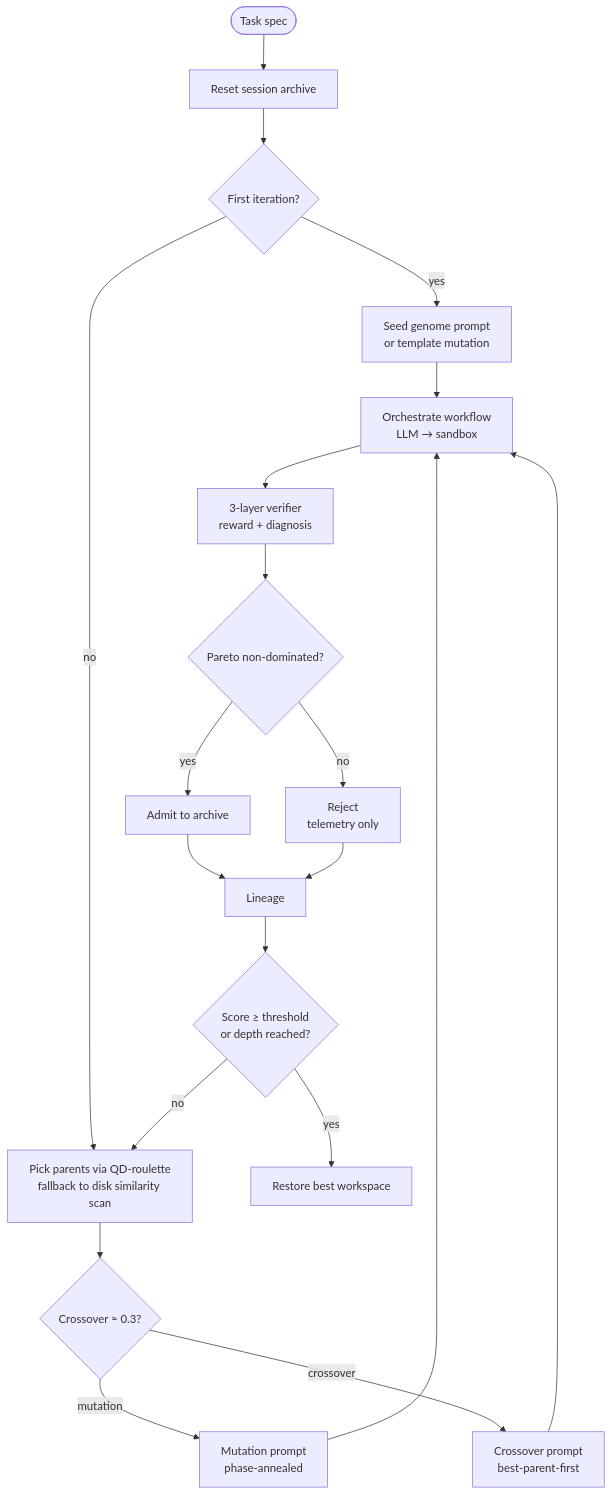
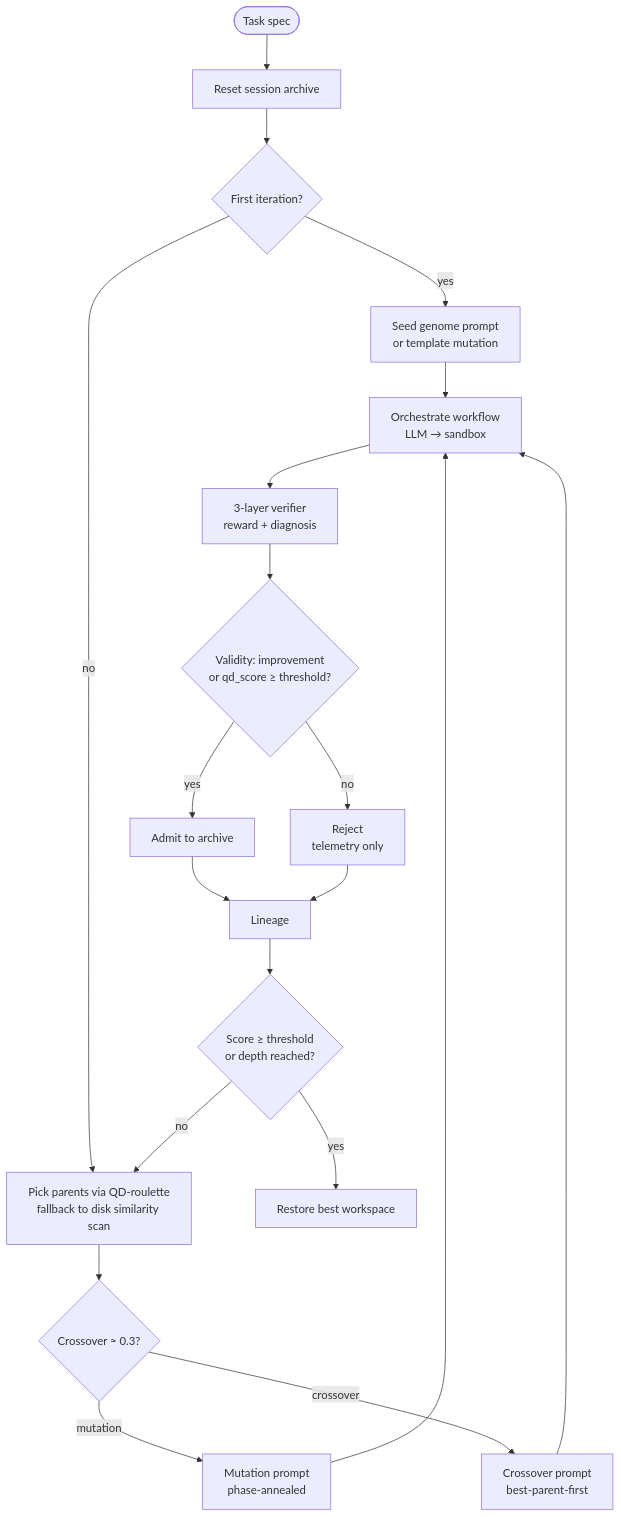
The diagram in docs/concepts/evolution-engine.md (HolobiomicsLab/Mimosa-AI), drawn with Mermaid before and after one commit. The commit also changed other lines of this file and 5 other files, not shown here.

Commit message:
refactor(selection): drop Pareto admit gate; admit on validity, curate by qd eviction

````diff
--- a/docs/concepts/evolution-engine.md
+++ b/docs/concepts/evolution-engine.md
@@ -13,22 +13,22 @@
 ```mermaid
 flowchart TB
     Start([Task spec]) --> Reset[Reset session archive]
     Reset --> Seed{First iteration?}
     Seed -- yes --> SeedPrompt[Seed genome prompt<br/>or template mutation]
     Seed -- no --> Pick[Pick parents via QD-roulette<br/>fallback to disk similarity scan]
     SeedPrompt --> Orch[Orchestrate workflow<br/>LLM → sandbox]
     Pick --> Decide{Crossover ≈ 0.3?}
     Decide -- mutation --> Mut[Mutation prompt<br/>phase-annealed]
     Decide -- crossover --> Cross[Crossover prompt<br/>best-parent-first]
     Mut --> Orch
     Cross --> Orch
     Orch --> Eval[3-layer verifier<br/>reward + diagnosis]
-    Eval --> Admit{Pareto non-dominated?}
+    Eval --> Admit{Validity: improvement<br/>or qd_score ≥ threshold?}
     Admit -- yes --> Archive[Admit to archive]
     Admit -- no --> Reject[Reject<br/>telemetry only]
     Archive --> Lin[Lineage]
     Reject --> Lin
     Lin --> Stop{Score ≥ threshold<br/>or depth reached?}
     Stop -- no --> Pick
     Stop -- yes --> Restore[Restore best workspace]
 ```
````
